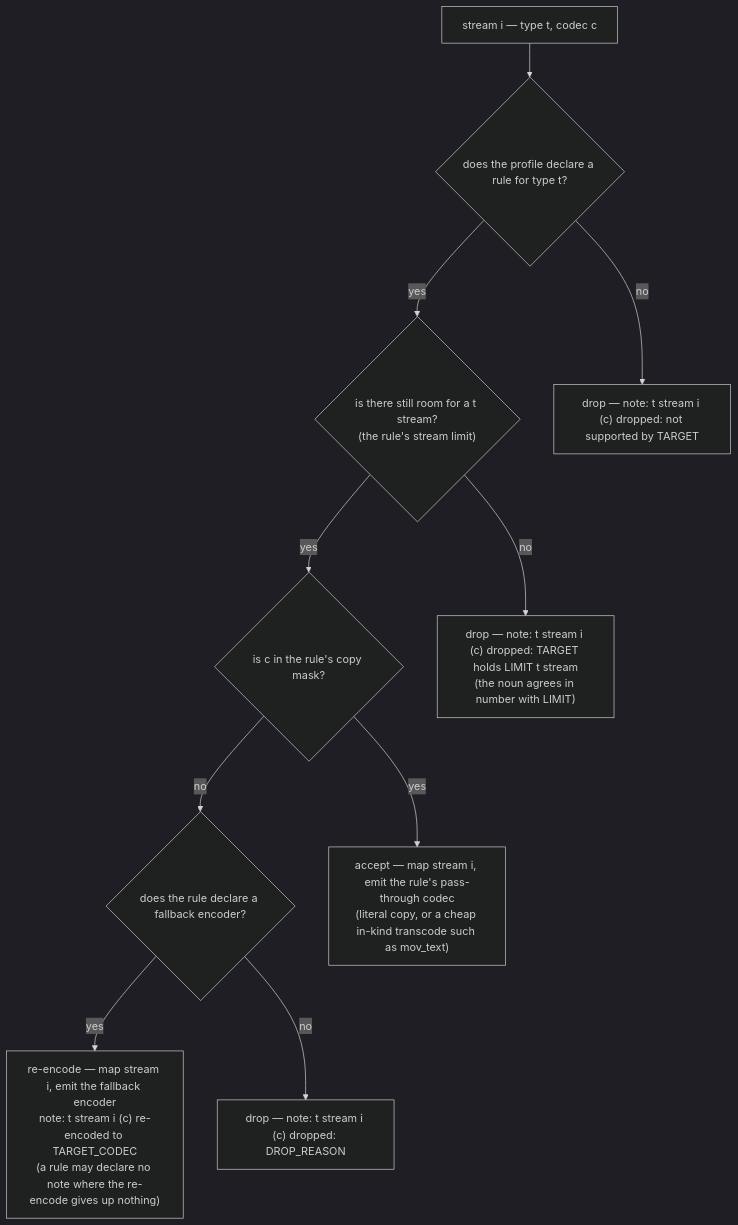
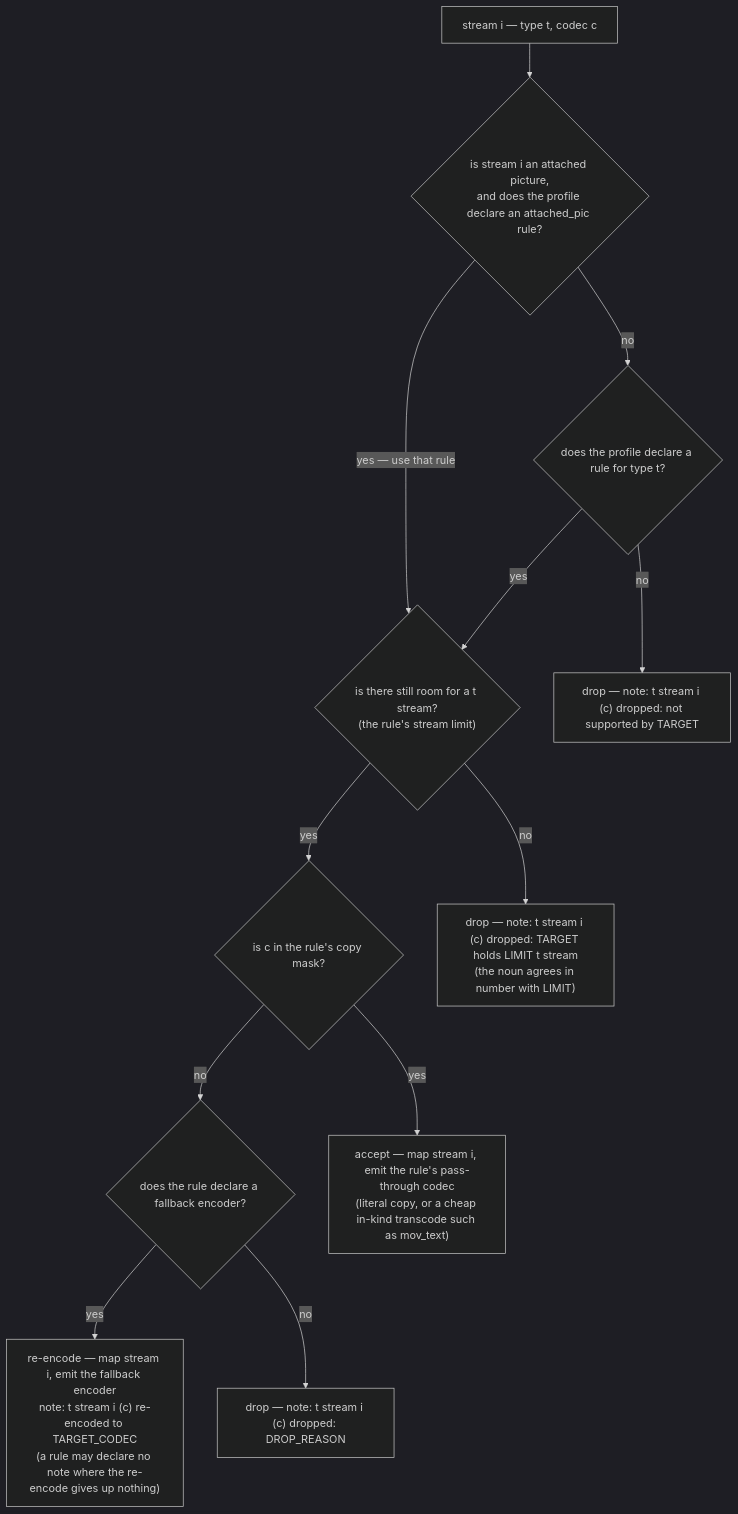
One commit to bhemsen/converter changed the diagram in docs/design/stream-decision.md. Above: the diagram before and after it, drawn with Mermaid (dark theme). The commit also changed other lines of this file and 6 other files, not shown here.

First line of the commit message:
docs(spec): stream disposition and the artwork carry-through (roadmap phase 6) (#65)

````diff
--- a/docs/design/stream-decision.md
+++ b/docs/design/stream-decision.md
@@ -22,23 +22,26 @@
 ```mermaid
 flowchart TD
     S["stream i — type t, codec c"]
+    PIC{"is stream i an attached picture,<br/>and does the profile declare an attached_pic rule?"}
     T{"does the profile declare a rule for type t?"}
     ROOM{"is there still room for a t stream?<br/>(the rule's stream limit)"}
     MASK{"is c in the rule's copy mask?"}
     ENC{"does the rule declare a fallback encoder?"}
     COPY["accept — map stream i, emit the rule's pass-through codec<br/>(literal copy, or a cheap in-kind transcode such as mov_text)"]
     REENC["re-encode — map stream i, emit the fallback encoder<br/>note: t stream i (c) re-encoded to TARGET_CODEC<br/>(a rule may declare no note where the re-encode gives up nothing)"]
     D1["drop — note: t stream i (c) dropped: not supported by TARGET"]
     D2["drop — note: t stream i (c) dropped: TARGET holds LIMIT t stream<br/>(the noun agrees in number with LIMIT)"]
     D3["drop — note: t stream i (c) dropped: DROP_REASON"]
 
-    S --> T
+    S --> PIC
+    PIC -->|"yes — use that rule"| ROOM
+    PIC -->|"no"| T
     T -->|"no"| D1
     T -->|"yes"| ROOM
     ROOM -->|"no"| D2
     ROOM -->|"yes"| MASK
     MASK -->|"yes"| COPY
     MASK -->|"no"| ENC
     ENC -->|"yes"| REENC
     ENC -->|"no"| D3
 ```
````
